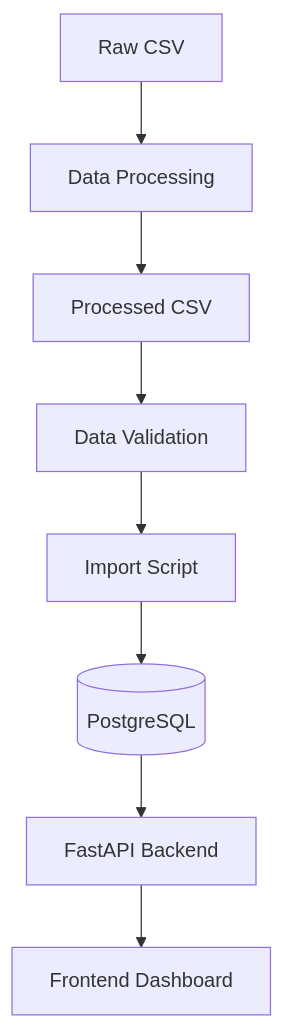
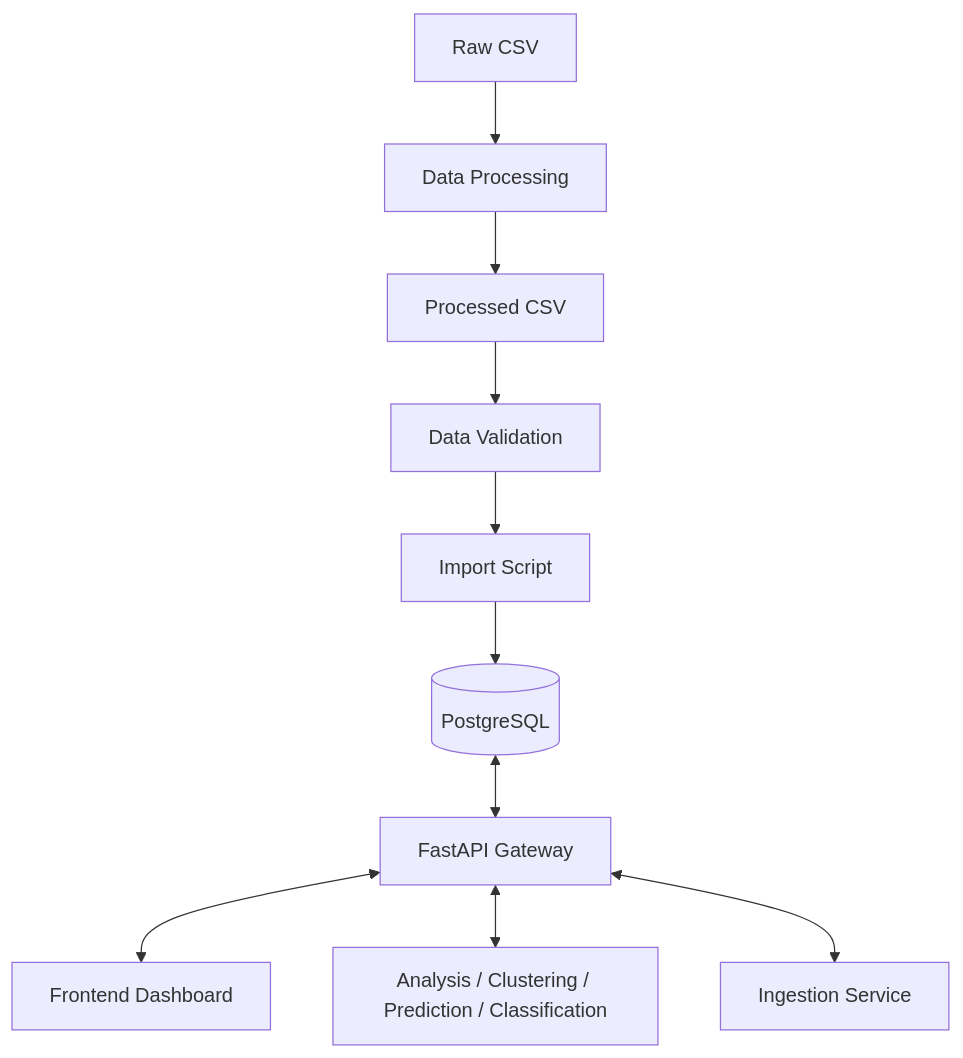
Before and after one commit to minhchinh595/126KDLKPDL-Nhom13: the first of 2 diagrams in docs/database-design.md, drawn with Mermaid. The commit also changed other lines of this file and 2 other files, not shown here.

Commit message:
feat(data): validate PostgreSQL API integration and update data documentation

````diff
--- a/docs/database-design.md
+++ b/docs/database-design.md
@@ -22,10 +21,12 @@
 ```mermaid
 flowchart TD
     A[Raw CSV] --> B[Data Processing]
     B --> C[Processed CSV]
     C --> D[Data Validation]
     D --> E[Import Script]
     E --> F[(PostgreSQL)]
-    F --> G[FastAPI Backend]
-    G --> H[Frontend Dashboard]
+    F <--> G[FastAPI Gateway]
+    G <--> H[Frontend Dashboard]
+    G <--> I[Analysis / Clustering / Prediction / Classification]
+    G <--> J[Ingestion Service]
 ```
````
